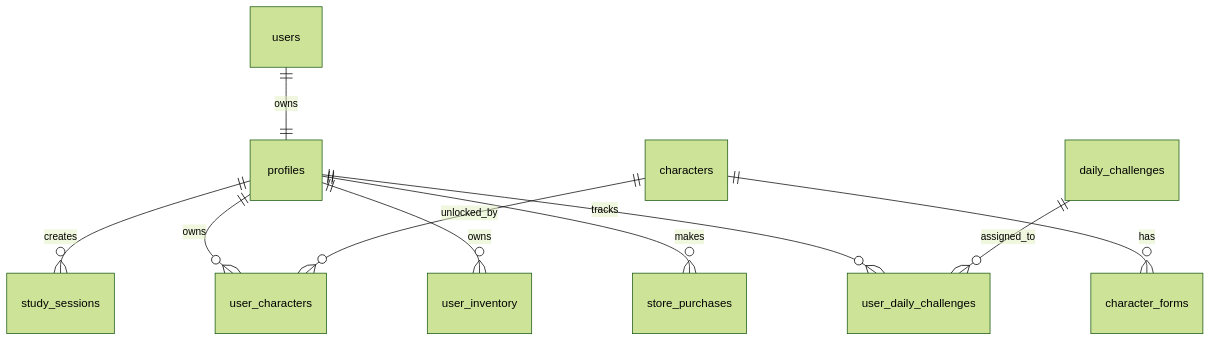
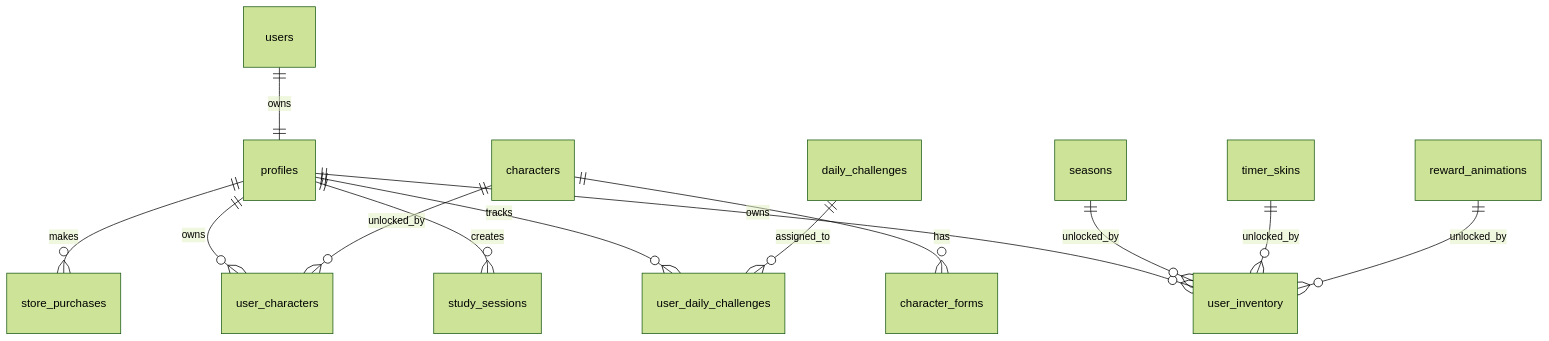
Before and after one commit to bipulkumar62/FocusSaga-XP: diagram 13 of 14 in README.md, drawn with Mermaid (forest theme). The commit also changed other lines of this file, not shown here.

````diff
--- a/README.md
+++ b/README.md
@@ -257,12 +413,18 @@
 ```mermaid
 erDiagram
     users ||--|| profiles : owns
     profiles ||--o{ study_sessions : creates
     profiles ||--o{ user_characters : owns
     profiles ||--o{ user_inventory : owns
     profiles ||--o{ store_purchases : makes
     profiles ||--o{ user_daily_challenges : tracks
+
     characters ||--o{ character_forms : has
     characters ||--o{ user_characters : unlocked_by
+
+    seasons ||--o{ user_inventory : unlocked_by
+    timer_skins ||--o{ user_inventory : unlocked_by
+    reward_animations ||--o{ user_inventory : unlocked_by
+
     daily_challenges ||--o{ user_daily_challenges : assigned_to
 ```
````
